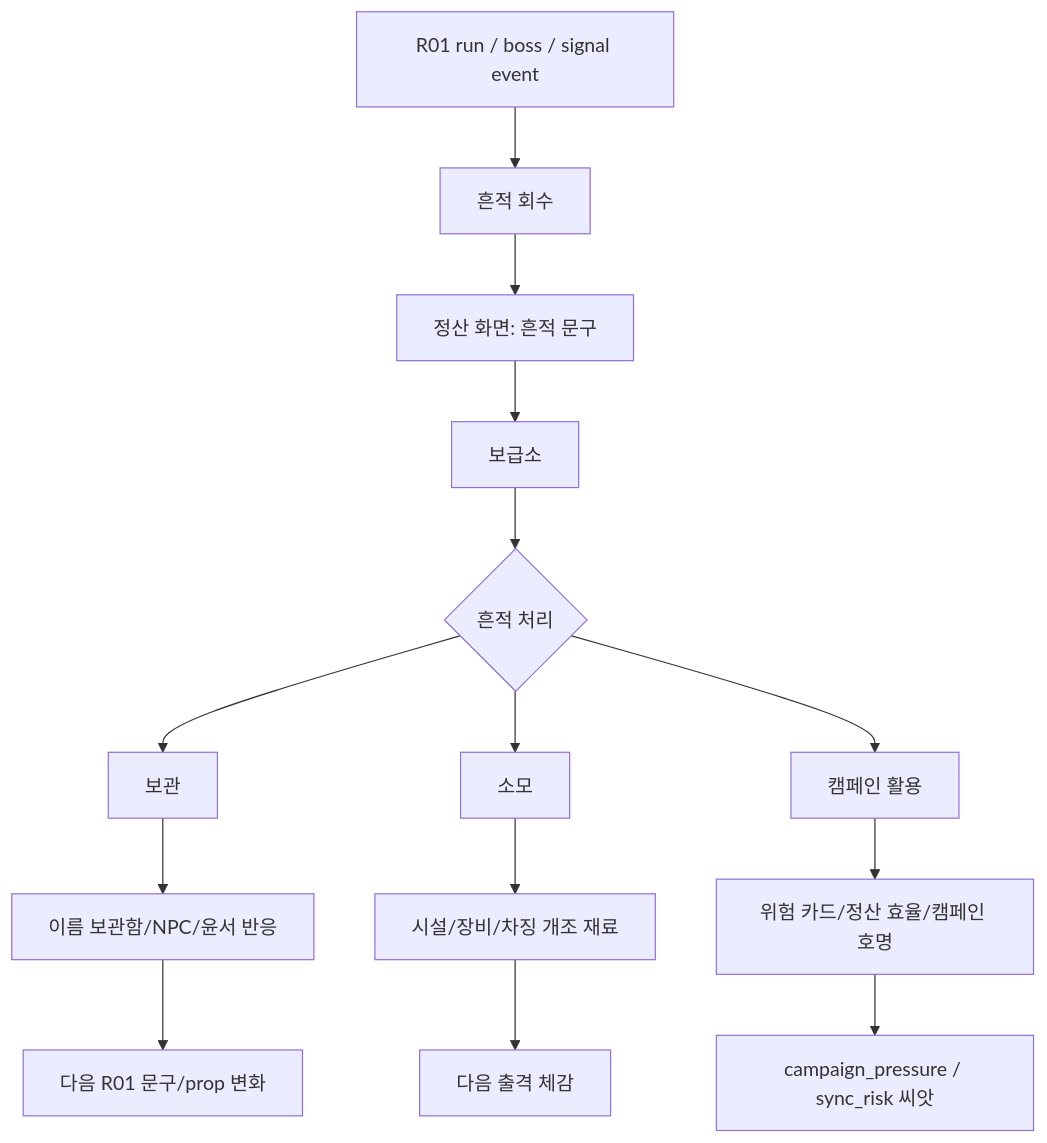
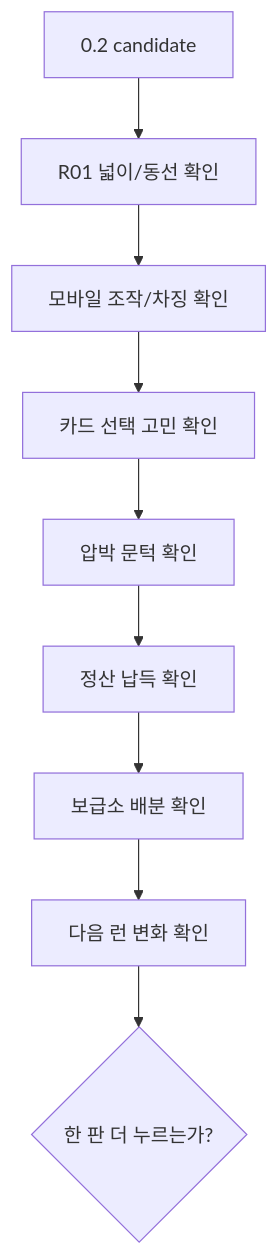
One commit to chaosdeity/atomic-ad-survivors changed diagram 13 of 13 in SYSTEM_FLOW_DIAGRAMS.md. Above: the diagram before and after it, drawn with Mermaid. The commit also changed other lines of this file and 29 other files, not shown here.

Commit message:
docs: add 0.2 architecture references

````diff
--- a/SYSTEM_FLOW_DIAGRAMS.md
+++ b/SYSTEM_FLOW_DIAGRAMS.md
@@ -779,16 +464,14 @@
 ```mermaid
 flowchart TD
-    Run["R01 run / boss / signal event"] --> TraceFound["흔적 회수"]
-    TraceFound --> Result["정산 화면: 흔적 문구"]
-    Result --> Outpost["보급소"]
-    Outpost --> Choice{"흔적 처리"}
-    Choice --> Preserve["보관"]
-    Choice --> Consume["소모"]
-    Choice --> CampaignUse["캠페인 활용"]
-    Preserve --> Locker["이름 보관함/NPC/윤서 반응"]
-    Consume --> Upgrade["시설/장비/차징 개조 재료"]
-    CampaignUse --> Risk["위험 카드/정산 효율/캠페인 호명"]
-    Locker --> Region["다음 R01 문구/prop 변화"]
-    Upgrade --> NextRun["다음 출격 체감"]
-    Risk --> Pressure["campaign_pressure / sync_risk 씨앗"]
+    Build["0.2 candidate"]
+    Width["R01 넓이/동선 확인"]
+    Touch["모바일 조작/차징 확인"]
+    Cards["카드 선택 고민 확인"]
+    Pressure["압박 문턱 확인"]
+    Settlement["정산 납득 확인"]
+    Outpost["보급소 배분 확인"]
+    Revisit["다음 런 변화 확인"]
+    Decision{"한 판 더 누르는가?"}
+
+    Build --> Width --> Touch --> Cards --> Pressure --> Settlement --> Outpost --> Revisit --> Decision
 ```
````
